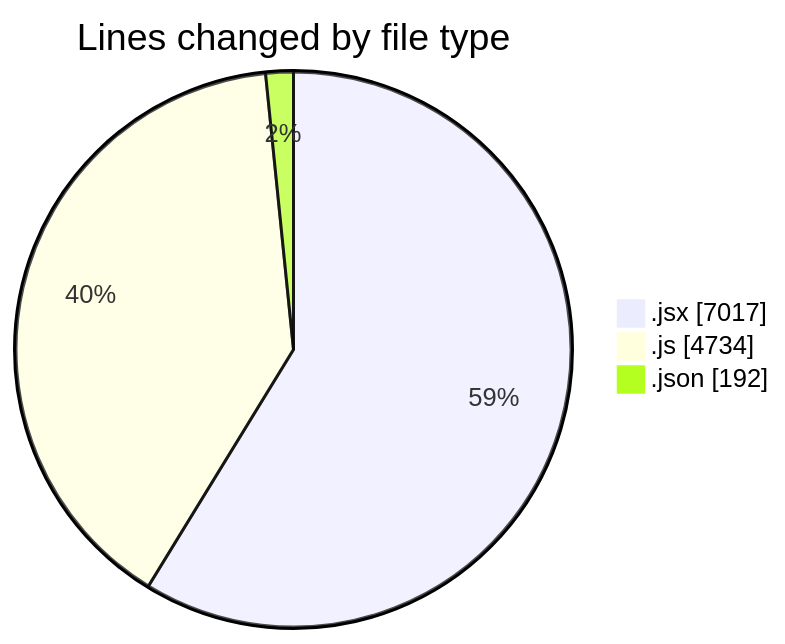
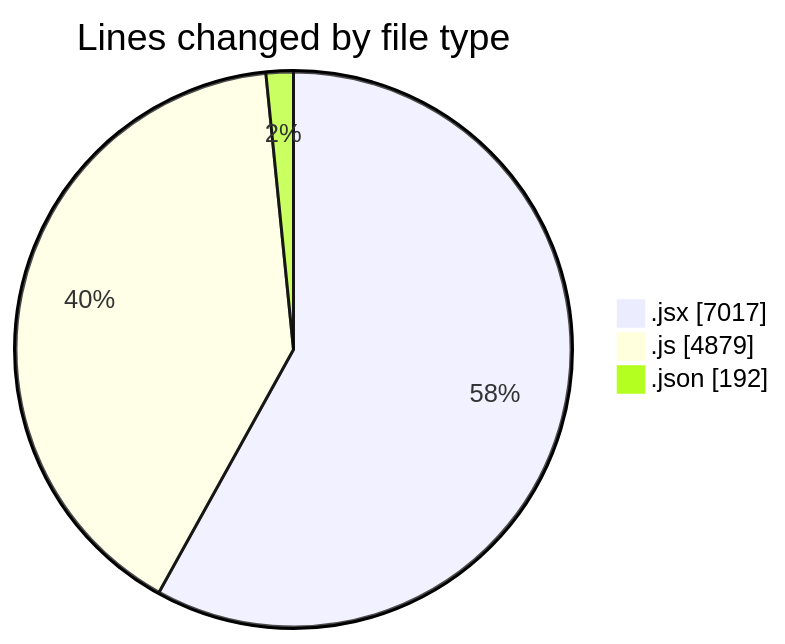
Before and after one commit to nxtqubesakshisongat/code-tracking: the first of 2 diagrams in 2025-08-06/nxtqube_webapp/README.md, drawn with Mermaid. The commit also changed other lines of this file and 1 other file, not shown here.

````diff
--- a/2025-08-06/nxtqube_webapp/README.md
+++ b/2025-08-06/nxtqube_webapp/README.md
@@ -33,7 +33,7 @@
 ```mermaid
 pie showData
 title Lines changed by file type
 ".jsx" : 7017
-".js" : 4734
+".js" : 4879
 ".json" : 192
 ```
````
